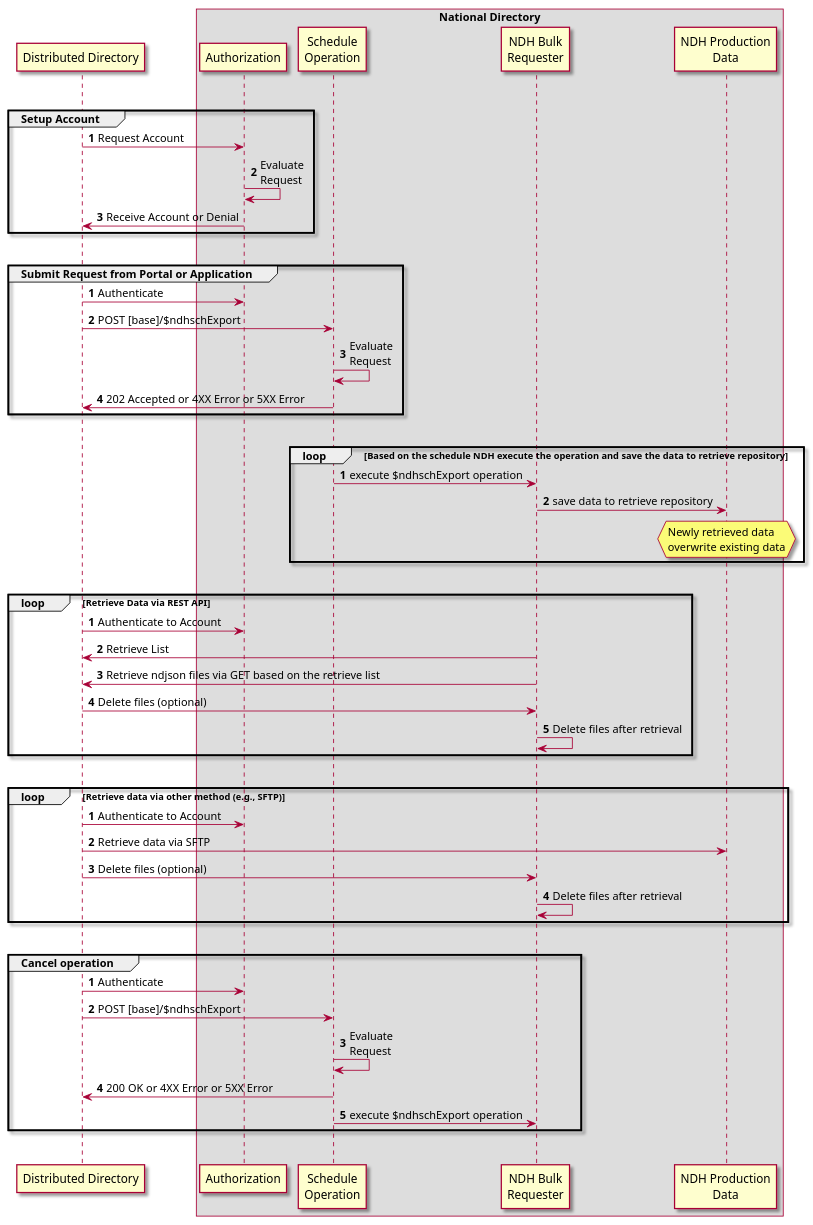
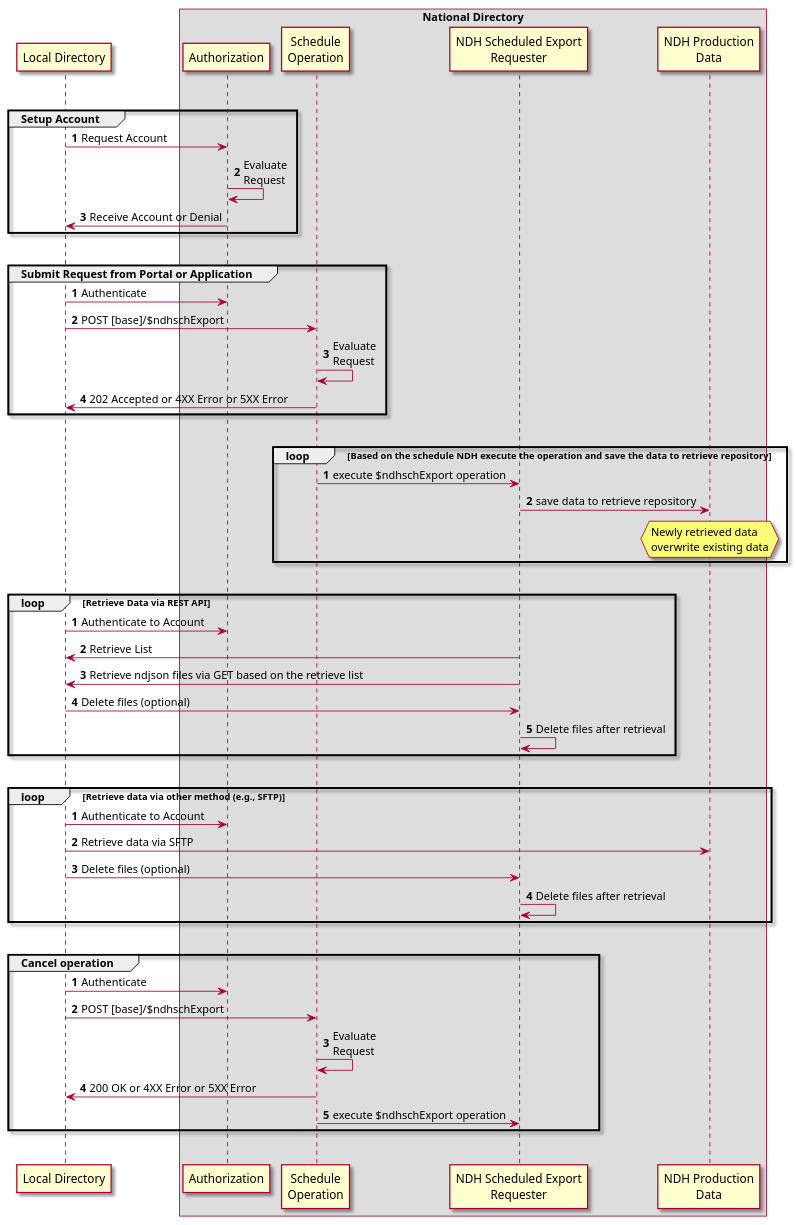
Before and after one commit to HL7/fhir-us-ndh: the diagram in input/images-source/ndh-export.plantuml, drawn with PlantUML. The commit also changed 2 other files, not shown here.

```diff
--- a/input/images-source/ndh-export.plantuml
+++ b/input/images-source/ndh-export.plantuml
@@ -1,69 +1,69 @@
 @startuml
 skin rose
 /'autonumber '/
 
-participant APP as "Distributed Directory"
+participant APP as "Local Directory"
 box National Directory
 participant "Authorization" as AUTH
 participant "Schedule\nOperation" as SCHEDULE
-participant "NDH Bulk\nRequester" as FHIR
+participant "NDH Scheduled Export\nRequester" as FHIR
 participant "NDH Production\nData" as FILE
 end box
 |||
 autonumber
 Group  Setup Account
     APP -> AUTH: Request Account
     AUTH -> AUTH: Evaluate\nRequest
     AUTH -> APP: Receive Account or Denial
 end
 autonumber stop
 |||
 autonumber
 
 Group Submit Request from Portal or Application
     APP -> AUTH: Authenticate
     APP -> SCHEDULE: POST [base]/$ndhschExport
     SCHEDULE -> SCHEDULE: Evaluate\nRequest
     SCHEDULE -> APP: 202 Accepted or 4XX Error or 5XX Error
 end
 autonumber stop
 |||
 autonumber
 loop Based on the schedule NDH execute the operation and save the data to retrieve repository
     SCHEDULE -> FHIR: execute $ndhschExport operation
     FHIR -> FILE: save data to retrieve repository
     hnote over FILE: Newly retrieved data\noverwrite existing data
 end
 autonumber stop
 |||
 autonumber
 loop Retrieve Data via REST API
     APP -> AUTH: Authenticate to Account
     FHIR -> APP: Retrieve List
     FHIR -> APP: Retrieve ndjson files via GET based on the retrieve list
     APP -> FHIR: Delete files (optional)
     FHIR -> FHIR: Delete files after retrieval
     
 end
 autonumber stop
 |||
 autonumber
 loop Retrieve data via other method (e.g., SFTP)
     APP -> AUTH: Authenticate to Account
     APP -> FILE: Retrieve data via SFTP
     APP -> FHIR: Delete files (optional)
     FHIR -> FHIR: Delete files after retrieval
 end
 autonumber stop
 |||
 autonumber
 Group Cancel operation
      APP -> AUTH: Authenticate
     APP -> SCHEDULE: POST [base]/$ndhschExport
     SCHEDULE -> SCHEDULE: Evaluate\nRequest
     SCHEDULE -> APP: 200 OK or 4XX Error or 5XX Error
     SCHEDULE -> FHIR: execute $ndhschExport operation
 end
 autonumber stop
 |||
 @enduml
```
